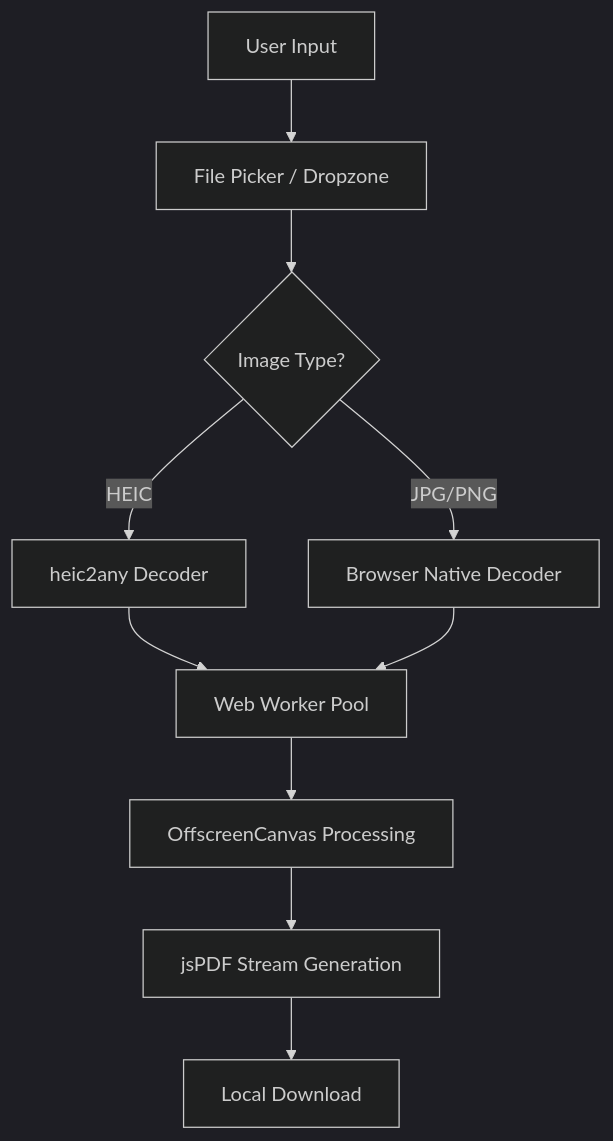
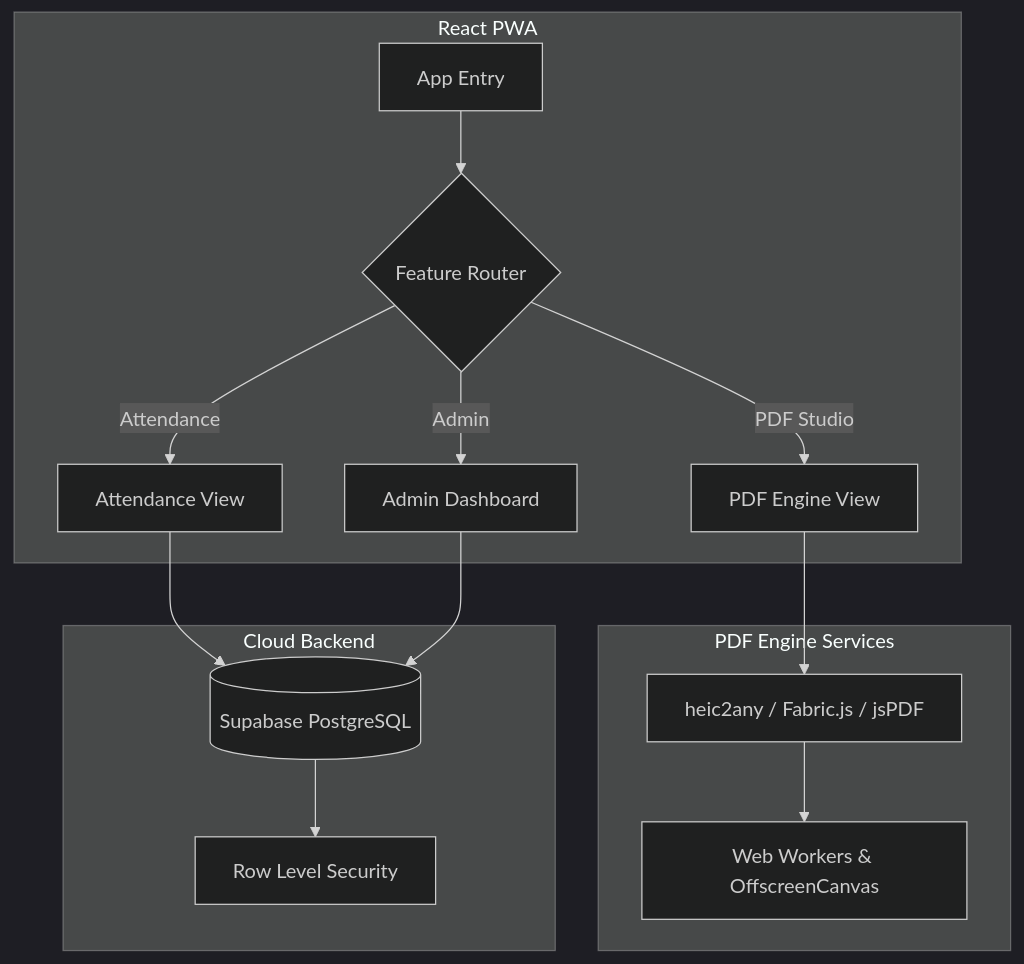
One commit to Raj-Likhit/flowwsuite changed the diagram in README.md. Above: the diagram before and after it, drawn with Mermaid (dark theme). The commit also changed other lines of this file and 1 other file, not shown here.

Commit message:
docs: full documentation pass to reflect multi-feature suite

````diff
--- a/README.md
+++ b/README.md
@@ -32,12 +43,20 @@
 ```mermaid
 graph TD
-    A[User Input] --> B[File Picker / Dropzone]
-    B --> C{Image Type?}
-    C -- HEIC --> D[heic2any Decoder]
-    C -- JPG/PNG --> E[Browser Native Decoder]
-    D --> F[Web Worker Pool]
-    E --> F
-    F --> G[OffscreenCanvas Processing]
-    G --> H[jsPDF Stream Generation]
-    H --> I[Local Download]
+    subgraph Client Application [React PWA]
+        A[App Entry] --> B{Feature Router}
+        B -->|Attendance| C[Attendance View]
+        B -->|PDF Studio| D[PDF Engine View]
+        B -->|Admin| E[Admin Dashboard]
+    end
+
+    subgraph PDF Engine Services
+        D --> F[heic2any / Fabric.js / jsPDF]
+        F --> G[Web Workers & OffscreenCanvas]
+    end
+
+    subgraph Cloud Backend
+        C --> H[(Supabase PostgreSQL)]
+        E --> H
+        H --> I[Row Level Security]
+    end
 ```
````
